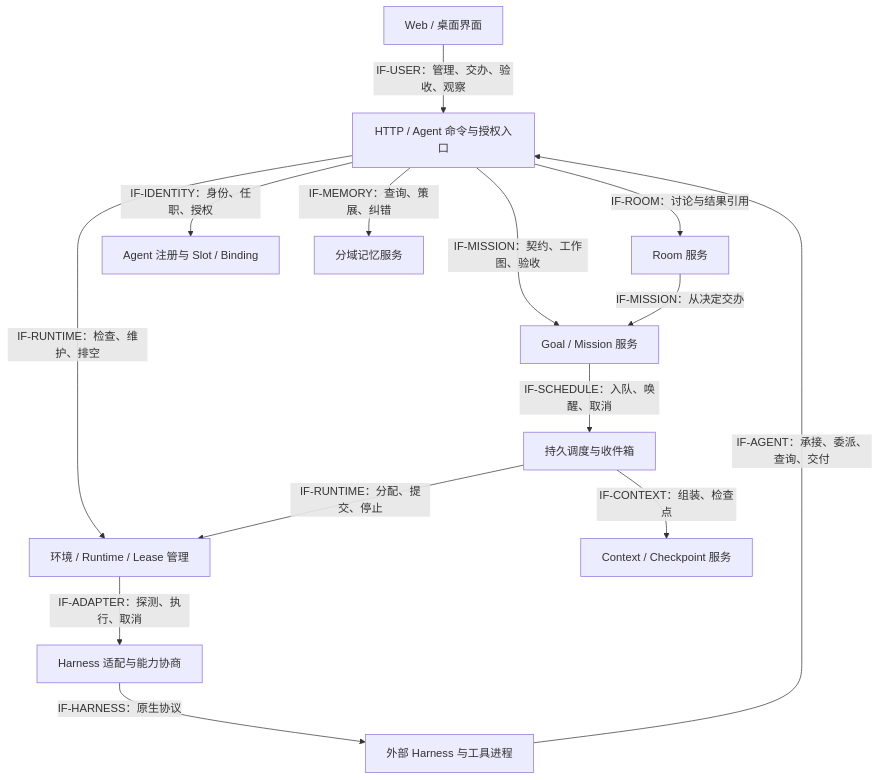
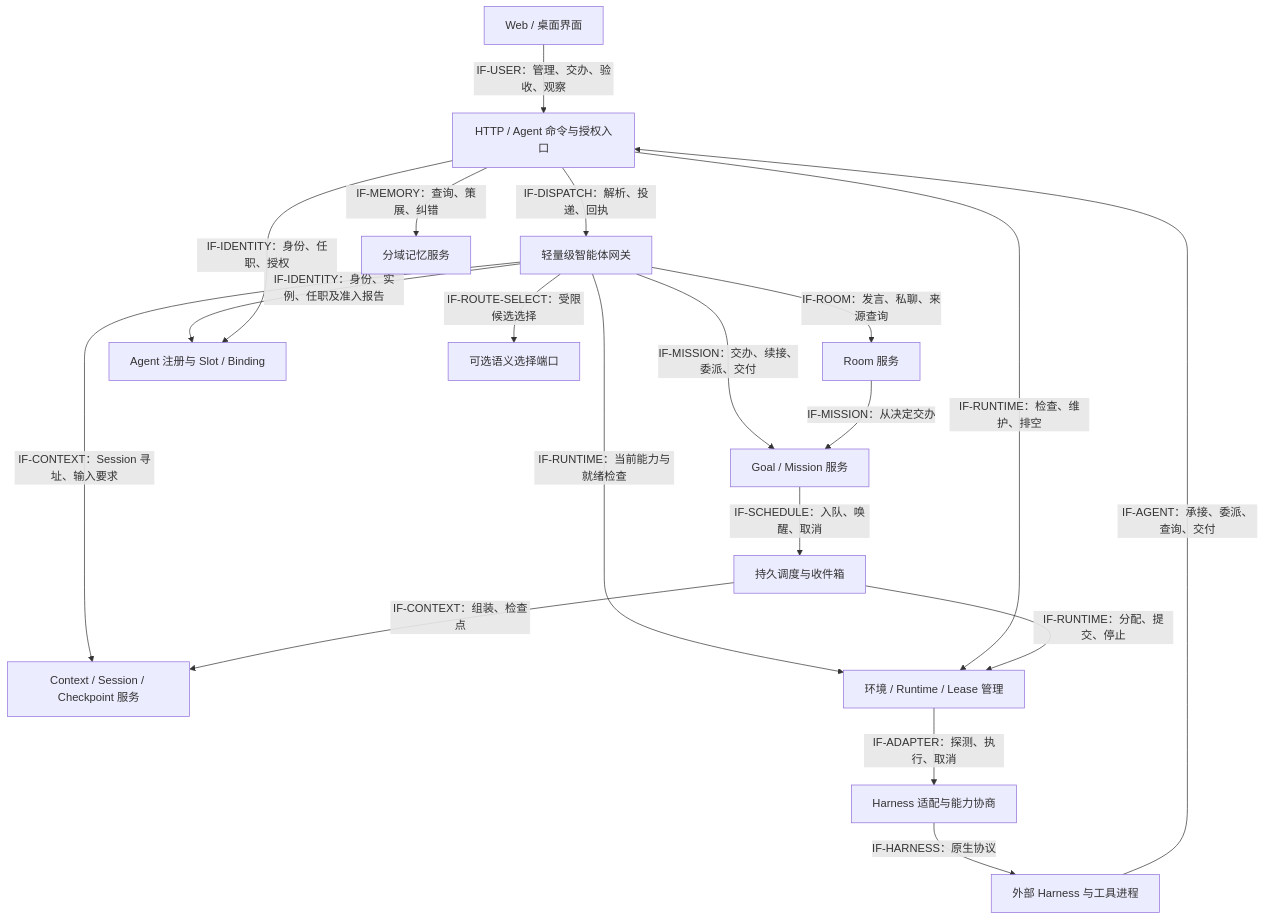
Before and after one commit to sisibeloved/Mosaic: the second of 5 diagrams in docs/design/rfc/2026-10-28-rfc-0018-personal-agent-swarm.md, drawn with Mermaid. The commit also changed other lines of this file and 2 other files, not shown here.

````diff
--- a/docs/design/rfc/2026-10-28-rfc-0018-personal-agent-swarm.md
+++ b/docs/design/rfc/2026-10-28-rfc-0018-personal-agent-swarm.md
@@ -211,16 +228,21 @@
 ```mermaid
 graph TB
   UI["Web / 桌面界面"] -->|IF-USER：管理、交办、验收、观察| Gateway["HTTP / Agent 命令与授权入口"]
   Harness["外部 Harness 与工具进程"] -->|IF-AGENT：承接、委派、查询、交付| Gateway
-  Gateway -->|IF-ROOM：讨论与结果引用| Room["Room 服务"]
-  Gateway -->|IF-MISSION：契约、工作图、验收| Mission["Goal / Mission 服务"]
+  Gateway -->|IF-DISPATCH：解析、投递、回执| Dispatch["轻量级智能体网关"]
+  Dispatch -->|IF-ROOM：发言、私聊、来源查询| Room["Room 服务"]
+  Dispatch -->|IF-MISSION：交办、续接、委派、交付| Mission["Goal / Mission 服务"]
+  Dispatch -->|IF-IDENTITY：身份、实例、任职及准入报告| AgentRegistry["Agent 注册与 Slot / Binding"]
+  Dispatch -->|IF-CONTEXT：Session 寻址、输入要求| Context["Context / Session / Checkpoint 服务"]
+  Dispatch -->|IF-RUNTIME：当前能力与就绪检查| Runtime["环境 / Runtime / Lease 管理"]
+  Dispatch -->|IF-ROUTE-SELECT：受限候选选择| Semantic["可选语义选择端口"]
   Gateway -->|IF-IDENTITY：身份、任职、授权| AgentRegistry["Agent 注册与 Slot / Binding"]
   Gateway -->|IF-MEMORY：查询、策展、纠错| Memory["分域记忆服务"]
   Gateway -->|IF-RUNTIME：检查、维护、排空| Runtime["环境 / Runtime / Lease 管理"]
   Room -->|IF-MISSION：从决定交办| Mission
   Mission -->|IF-SCHEDULE：入队、唤醒、取消| Scheduler["持久调度与收件箱"]
-  Scheduler -->|IF-CONTEXT：组装、检查点| Context["Context / Checkpoint 服务"]
+  Scheduler -->|IF-CONTEXT：组装、检查点| Context
   Scheduler -->|IF-RUNTIME：分配、提交、停止| Runtime
   Runtime -->|IF-ADAPTER：探测、执行、取消| Adapter["Harness 适配与能力协商"]
   Adapter -->|IF-HARNESS：原生协议| Harness
 ```
````
